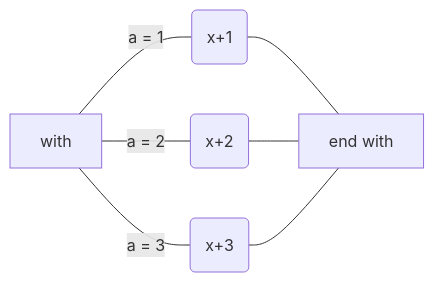
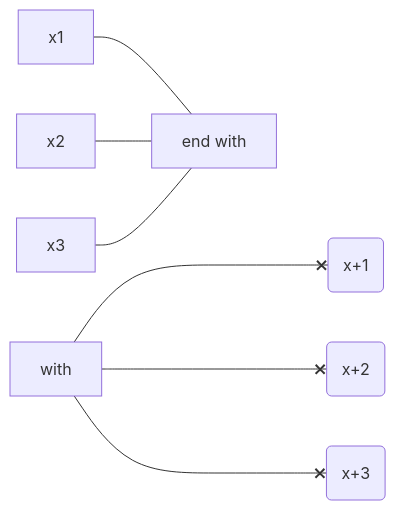
One commit to hwayne/learntla changed the second of 2 diagrams in content/pluscal/behaviors/_index.md. Above: the diagram before and after it, drawn with Mermaid. The commit also changed other lines of this file and 2 other files, not shown here.

```diff
--- a/content/pluscal/behaviors/_index.md
+++ b/content/pluscal/behaviors/_index.md
@@ -78,8 +76,8 @@
 {{<mermaid>}}
 graph LR;
 e["end with"];
-with ---|"a = 1"|x1(x+1);
-with ---|"a = 2"|x2(x+2);
-with ---|"a = 3"|x3(x+3);
+with ---x1(x+1);
+with ---x2(x+2);
+with ---x3(x+3);
 x1 --- e; x2 --- e; x3 --- e; 
 {{< /mermaid >}}
```
